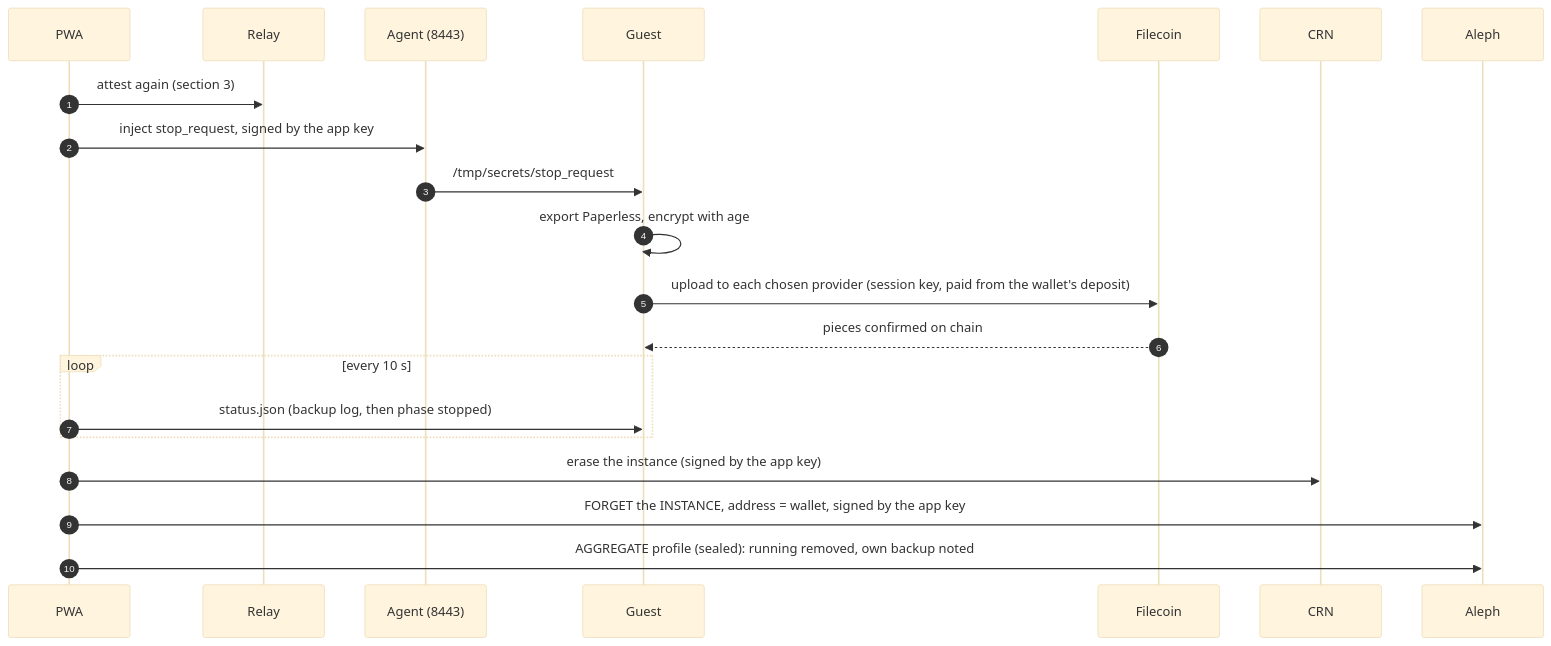
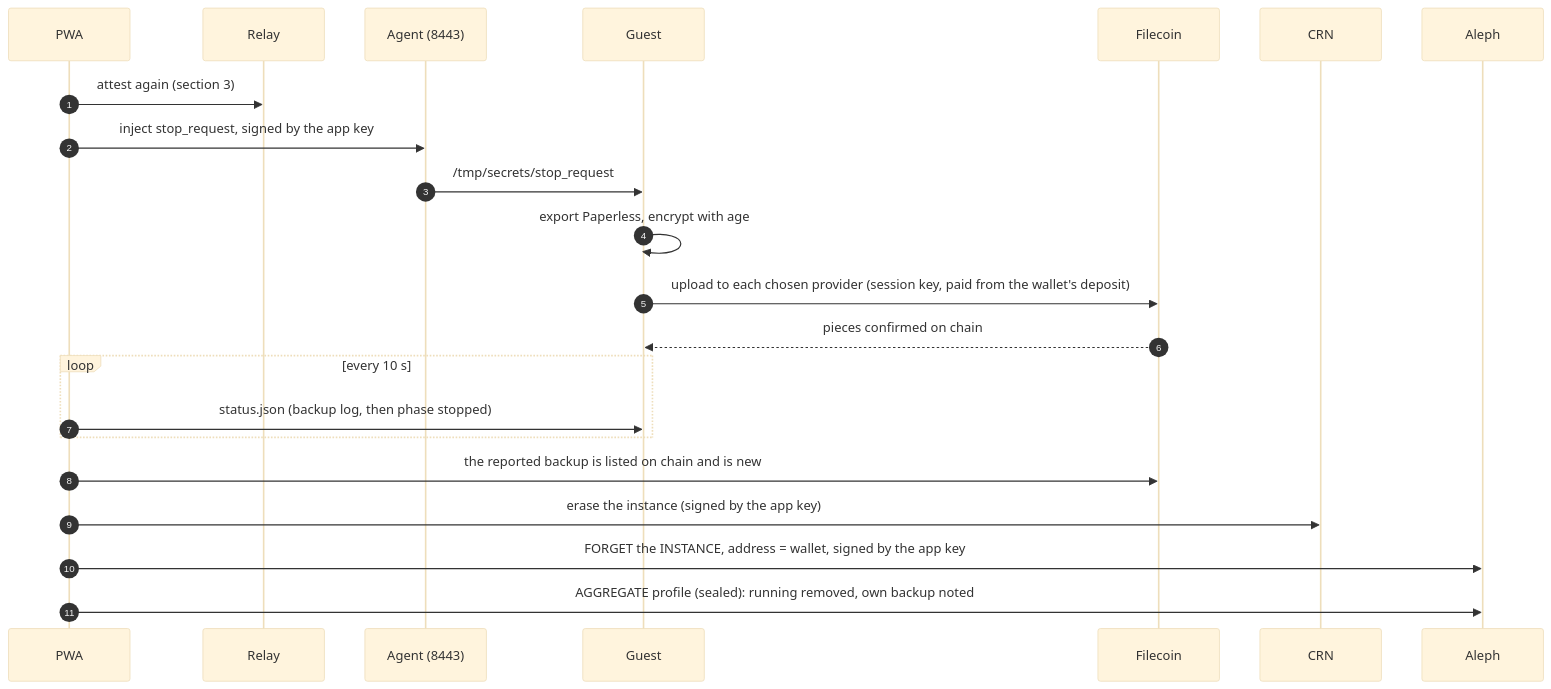
One commit to Le-Space/paperless-anywhere changed the fourth of 5 diagrams in docs/workflow.md. Above: the diagram before and after it, drawn with Mermaid (base theme). The commit also changed other lines of this file and 10 other files, not shown here.

First line of the commit message:
app: erase a stopped VM only after its backup is read on chain

````diff
--- a/docs/workflow.md
+++ b/docs/workflow.md
@@ -131,24 +131,25 @@
 ```mermaid
 sequenceDiagram
     autonumber
     participant PWA
     participant Relay
     participant Agent as Agent (8443)
     participant Guest
     participant Filecoin
     participant CRN
     participant Aleph
 
     PWA->>Relay: attest again (section 3)
     PWA->>Agent: inject stop_request, signed by the app key
     Agent->>Guest: /tmp/secrets/stop_request
     Guest->>Guest: export Paperless, encrypt with age
     Guest->>Filecoin: upload to each chosen provider (session key, paid from the wallet's deposit)
     Filecoin-->>Guest: pieces confirmed on chain
     loop every 10 s
         PWA->>Guest: status.json (backup log, then phase stopped)
     end
+    PWA->>Filecoin: the reported backup is listed on chain and is new
     PWA->>CRN: erase the instance (signed by the app key)
     PWA->>Aleph: FORGET the INSTANCE, address = wallet, signed by the app key
     PWA->>Aleph: AGGREGATE profile (sealed): running removed, own backup noted
 ```
````
